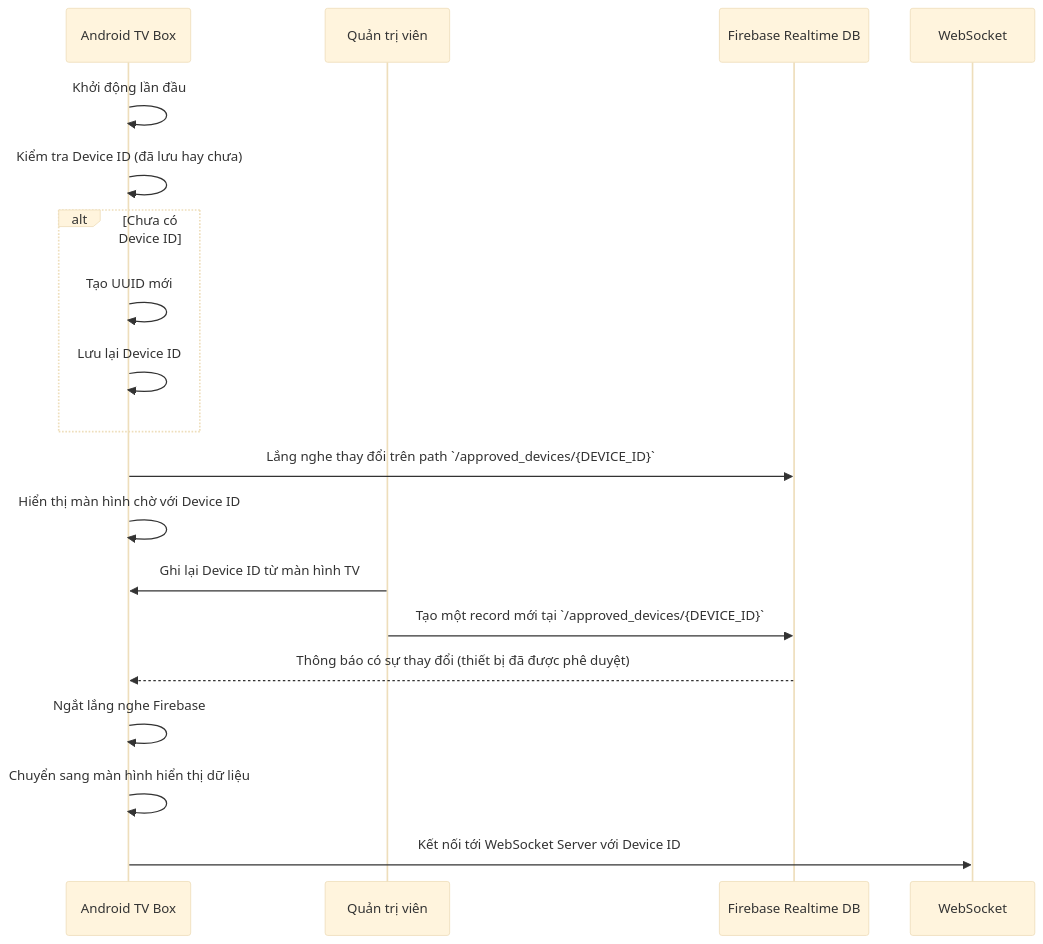
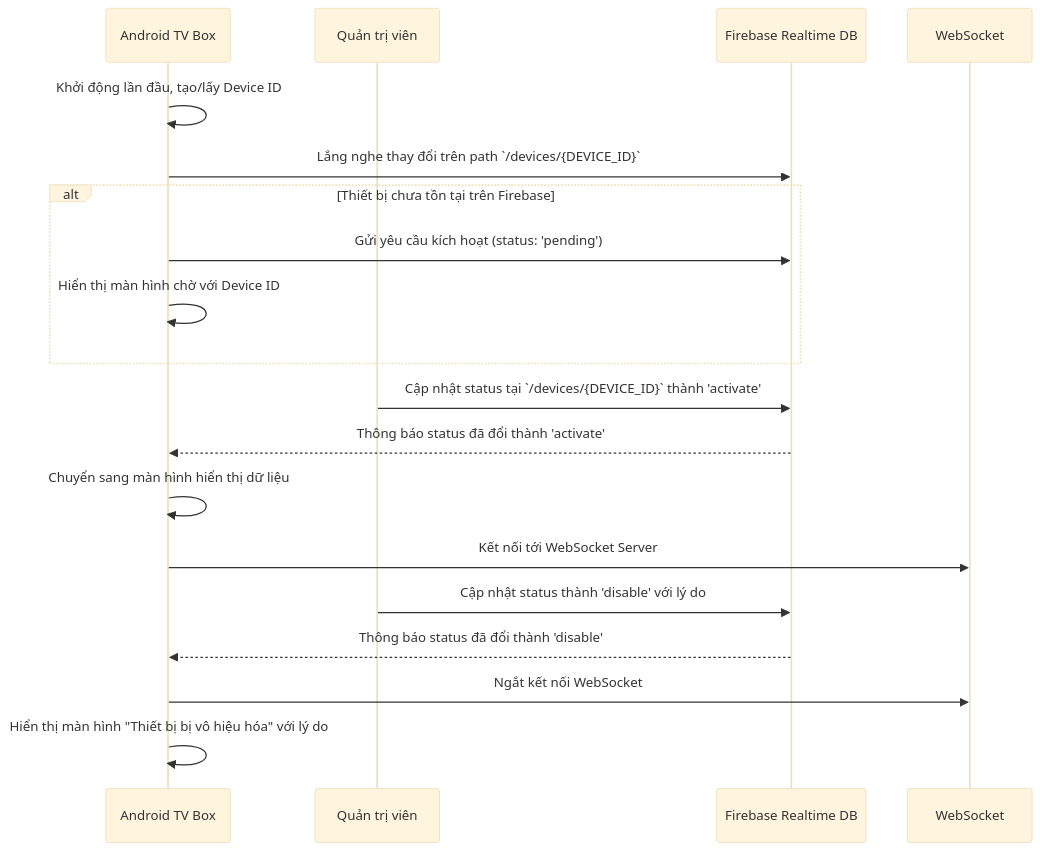
The diagram in activate-workflow.md (IAmTester35/LED_AndroidTvBox), drawn with Mermaid (base theme) before and after one commit. The commit also changed other lines of this file and 11 other files, not shown here.

First line of the commit message:
feat: Implement remote device disable feature

````diff
--- a/activate-workflow.md
+++ b/activate-workflow.md
@@ -11,23 +11,25 @@
 ```mermaid
 sequenceDiagram
     participant App as Android TV Box
     participant Admin as Quản trị viên
     participant Firebase as Firebase Realtime DB
 
-    App->>App: Khởi động lần đầu
-    App->>App: Kiểm tra Device ID (đã lưu hay chưa)
-    alt Chưa có Device ID
-        App->>App: Tạo UUID mới
-        App->>App: Lưu lại Device ID
+    App->>App: Khởi động lần đầu, tạo/lấy Device ID
+    App->>Firebase: Lắng nghe thay đổi trên path `/devices/{DEVICE_ID}`
+
+    alt Thiết bị chưa tồn tại trên Firebase
+        App->>Firebase: Gửi yêu cầu kích hoạt (status: 'pending')
+        App->>App: Hiển thị màn hình chờ với Device ID
     end
-    App->>Firebase: Lắng nghe thay đổi trên path `/approved_devices/{DEVICE_ID}`
-    App->>App: Hiển thị màn hình chờ với Device ID
 
-    Admin->>App: Ghi lại Device ID từ màn hình TV
-    Admin->>Firebase: Tạo một record mới tại `/approved_devices/{DEVICE_ID}`
+    Admin->>Firebase: Cập nhật status tại `/devices/{DEVICE_ID}` thành 'activate'
 
-    Firebase-->>App: Thông báo có sự thay đổi (thiết bị đã được phê duyệt)
-    App->>App: Ngắt lắng nghe Firebase
+    Firebase-->>App: Thông báo status đã đổi thành 'activate'
     App->>App: Chuyển sang màn hình hiển thị dữ liệu
-    App->>WebSocket: Kết nối tới WebSocket Server với Device ID
+    App->>WebSocket: Kết nối tới WebSocket Server
+
+    Admin->>Firebase: Cập nhật status thành 'disable' với lý do
+    Firebase-->>App: Thông báo status đã đổi thành 'disable'
+    App->>WebSocket: Ngắt kết nối WebSocket
+    App->>App: Hiển thị màn hình "Thiết bị bị vô hiệu hóa" với lý do
 ```
````
